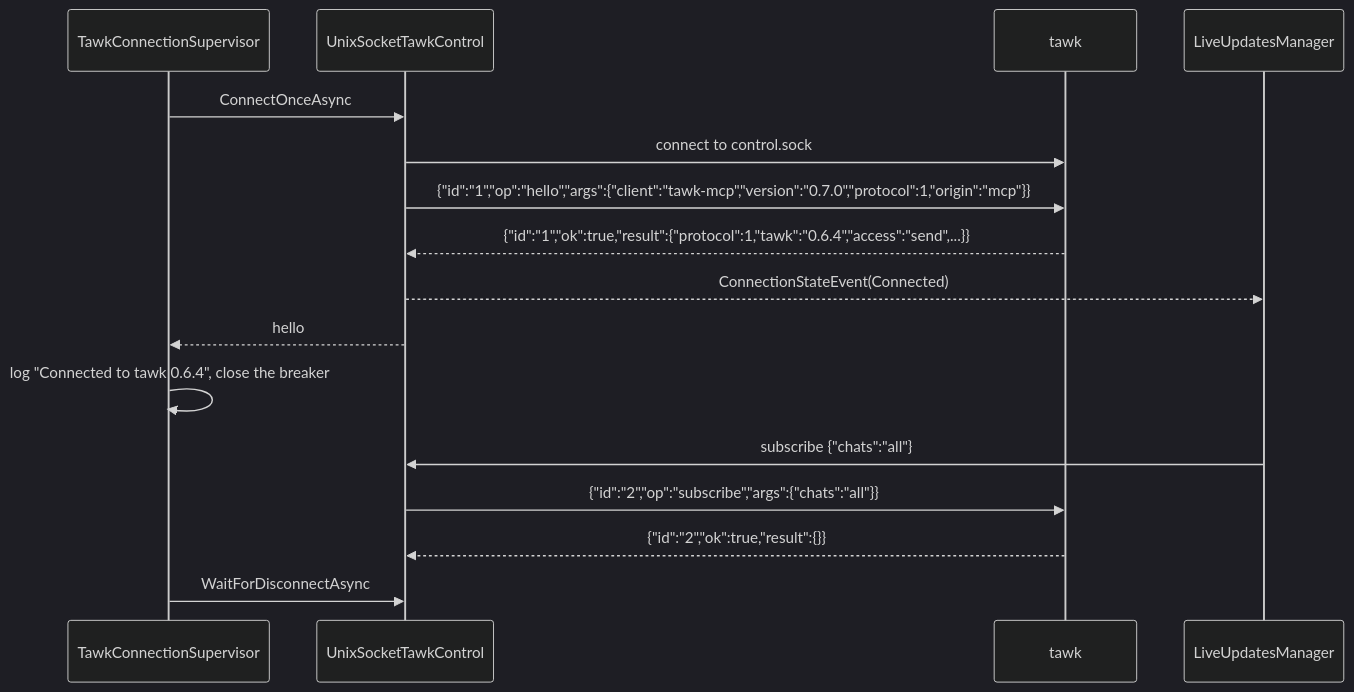
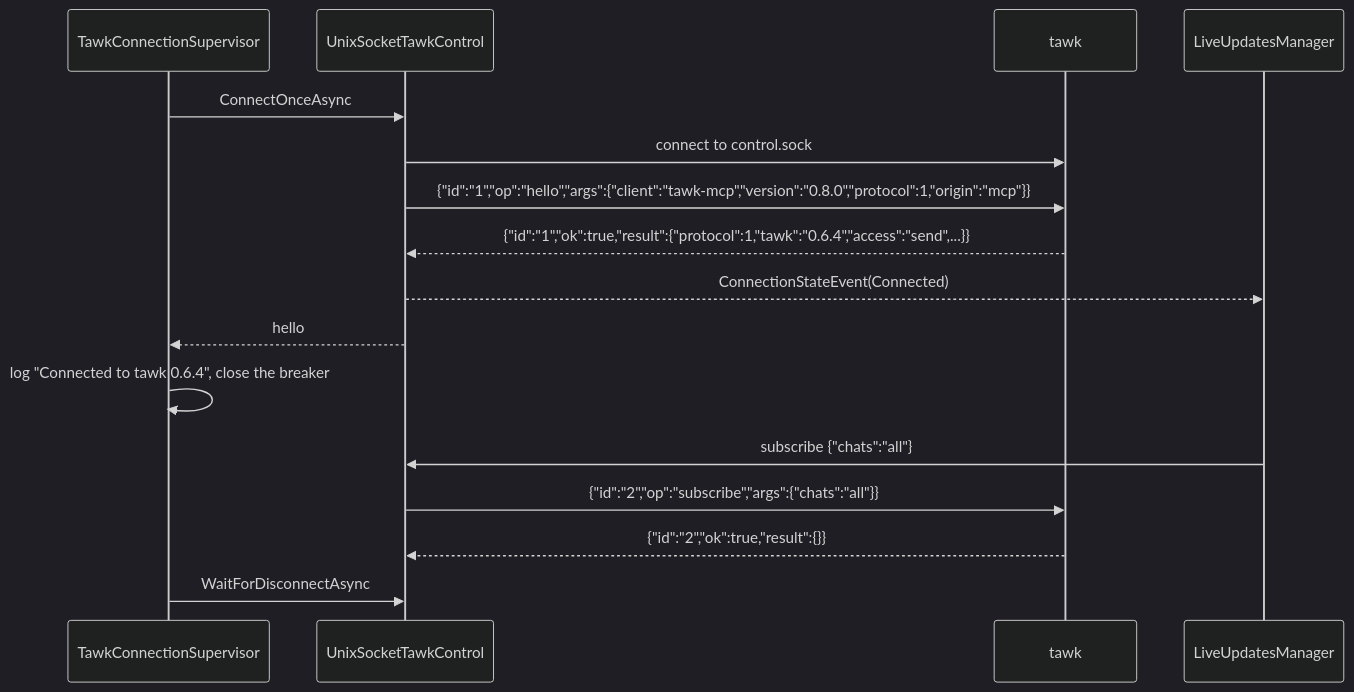
Before and after one commit to loganventer/Corvus.Mcp.Server.Tawk: the first of 12 diagrams in HOW_IT_WORKS.md, drawn with Mermaid (dark theme). The commit also changed other lines of this file and 20 other files, not shown here.

````diff
--- a/HOW_IT_WORKS.md
+++ b/HOW_IT_WORKS.md
@@ -29,19 +29,19 @@
 ```mermaid
 sequenceDiagram
     participant S as TawkConnectionSupervisor
     participant C as UnixSocketTawkControl
     participant T as tawk
     participant L as LiveUpdatesManager
 
     S->>C: ConnectOnceAsync
     C->>T: connect to control.sock
-    C->>T: {"id":"1","op":"hello","args":{"client":"tawk-mcp","version":"0.7.0","protocol":1,"origin":"mcp"}}
+    C->>T: {"id":"1","op":"hello","args":{"client":"tawk-mcp","version":"0.8.0","protocol":1,"origin":"mcp"}}
     T-->>C: {"id":"1","ok":true,"result":{"protocol":1,"tawk":"0.6.4","access":"send",...}}
     C-->>L: ConnectionStateEvent(Connected)
     C-->>S: hello
     S->>S: log "Connected to tawk 0.6.4", close the breaker
     L->>C: subscribe {"chats":"all"}
     C->>T: {"id":"2","op":"subscribe","args":{"chats":"all"}}
     T-->>C: {"id":"2","ok":true,"result":{}}
     S->>C: WaitForDisconnectAsync
 ```
````
